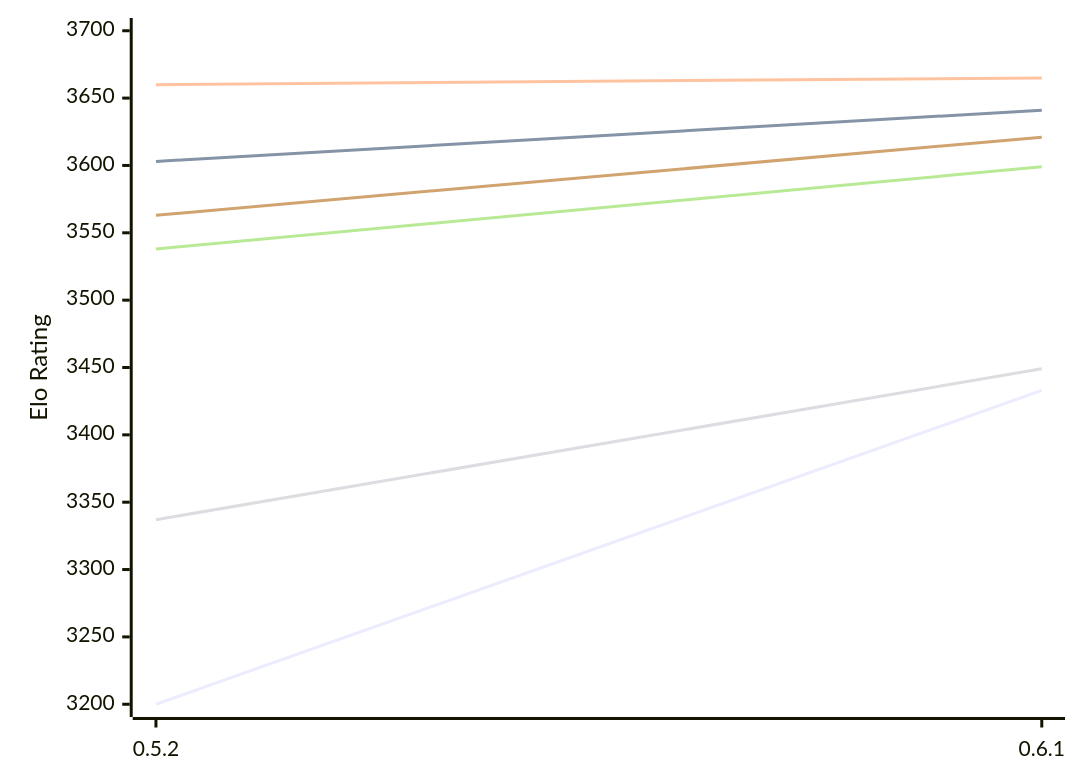
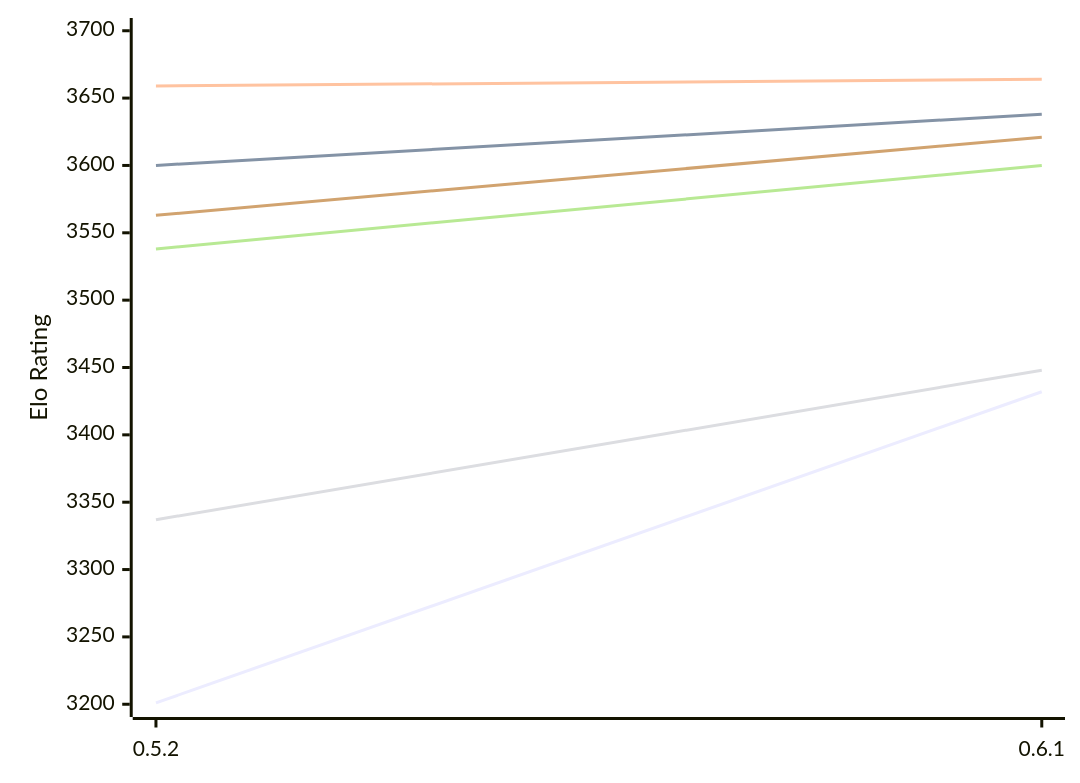
Before and after one commit to computer-chess-index/cci: the first of 2 diagrams in engines/Cinder.md, drawn with Mermaid. The commit also changed other lines of this file, not shown here.

Commit message:
Update CCI Ratings (ELO VLTC) - 2026-11-27

````diff
--- a/engines/Cinder.md
+++ b/engines/Cinder.md
@@ -54,12 +54,12 @@
 ```mermaid
 %%{init: {"theme":"base","themeVariables":{"seriesColors:['#a3a3a3','#222221','#faa371']}}}%%
 xychart-beta
   x-axis ["0.5.2", "0.6.1"]
   y-axis "Elo Rating" 3200 --> 3700
-  line "E1: STC (8.0+0.08s)" [3200, 3433]
-  line "E1: LTC (60.0+0.60s)" [3603, 3641]
-  line "E1: VLTC (2m24s+1.12s)" [3660, 3665]
-  line "P1: STC (8.0+0.08s)" [3337, 3449]
-  line "P1: LTC (60.0+0.60s)" [3538, 3599]
+  line "E1: STC (8.0+0.08s)" [3201, 3432]
+  line "E1: LTC (60.0+0.60s)" [3600, 3638]
+  line "E1: VLTC (2m24s+1.12s)" [3659, 3664]
+  line "P1: STC (8.0+0.08s)" [3337, 3448]
+  line "P1: LTC (60.0+0.60s)" [3538, 3600]
   line "P1: VLTC (2m24s+1.12s)" [3563, 3621]
 ```
````
